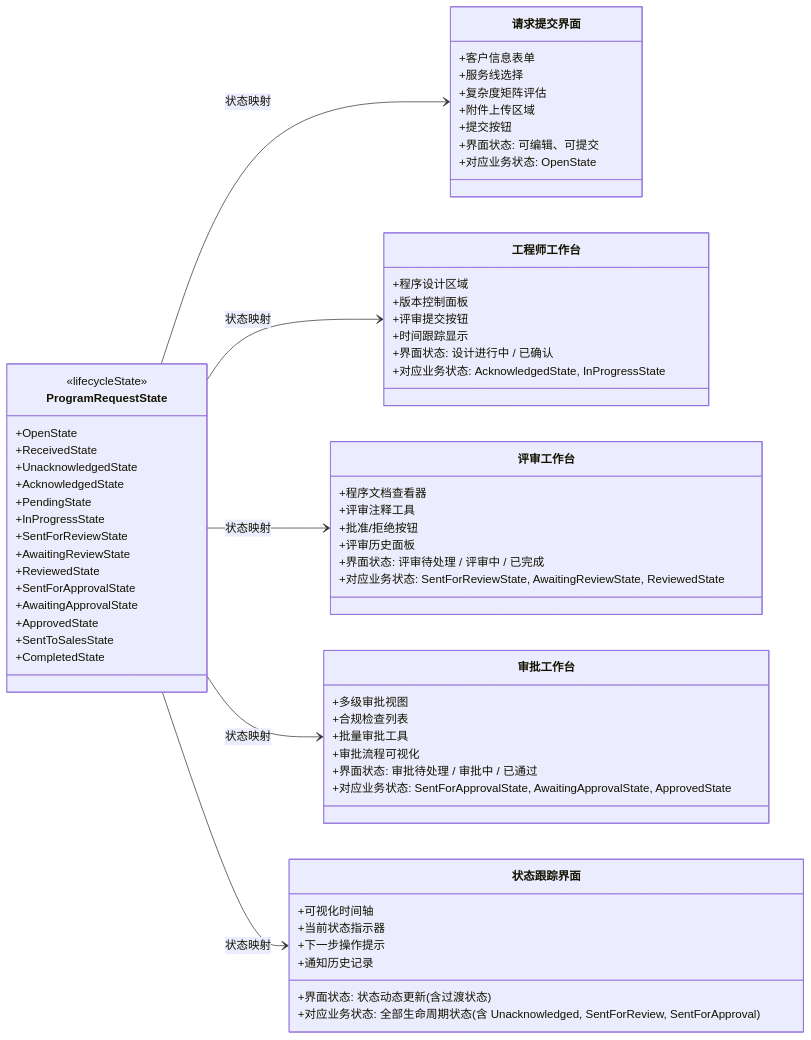
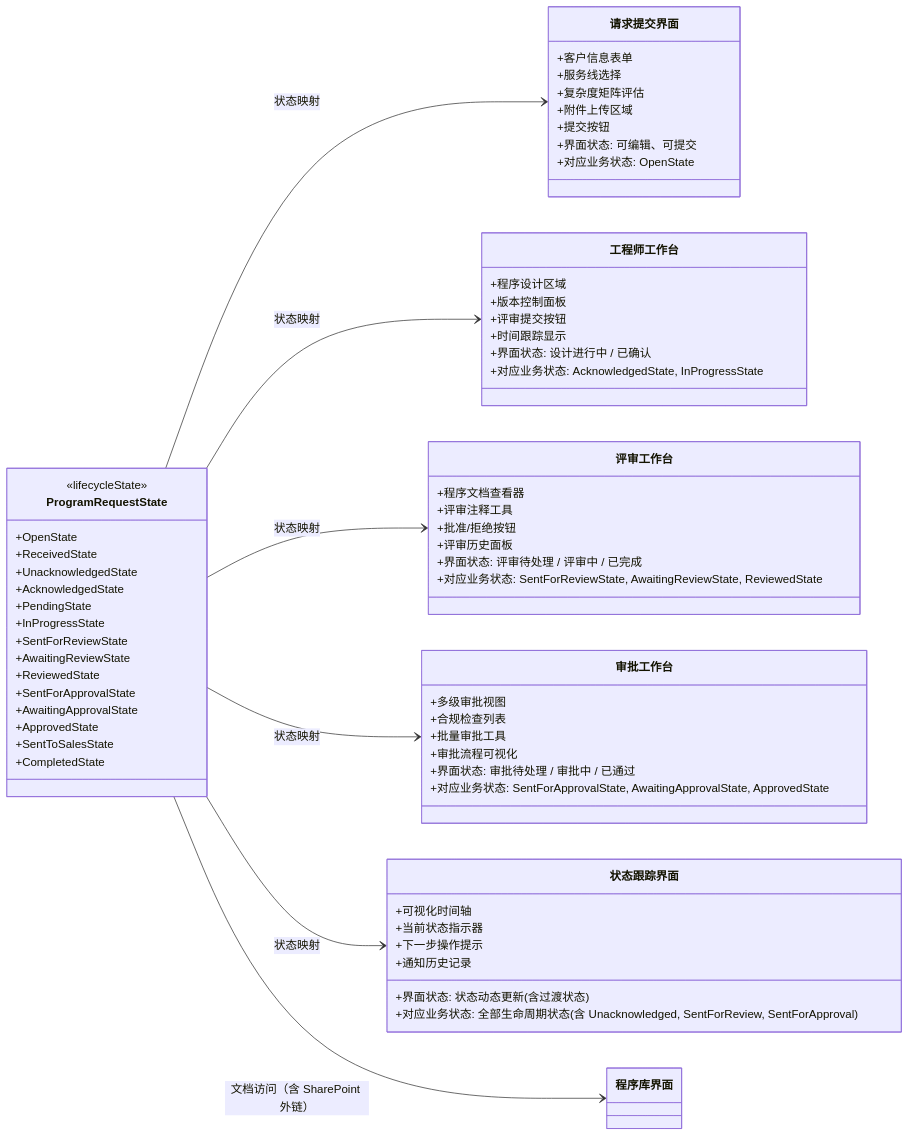
The third of 10 diagrams in Documents/01 - Cementing Service Invitation/03 - Request Job Design/Artifacts/Analysis/02-Design/004-界面原型.md (Sanjel-Energy-Services/eService_WorkItems), drawn with Mermaid before and after one commit. The commit also changed other lines of this file and 10 other files, not shown here.

````diff
--- a/Documents/01 - Cementing Service Invitation/03 - Request Job Design/Artifacts/Analysis/02-Design/004-界面原型.md
+++ b/Documents/01 - Cementing Service Invitation/03 - Request Job Design/Artifacts/Analysis/02-Design/004-界面原型.md
@@ -130,74 +134,75 @@
 ```mermaid
 classDiagram
     direction LR
     
     class ProgramRequestState {
         <<lifecycleState>>
         +OpenState
         +ReceivedState
         +UnacknowledgedState
         +AcknowledgedState
         +PendingState
         +InProgressState
         +SentForReviewState
         +AwaitingReviewState
         +ReviewedState
         +SentForApprovalState
         +AwaitingApprovalState
         +ApprovedState
         +SentToSalesState
         +CompletedState
     }
     
     class 请求提交界面 {
         +客户信息表单
         +服务线选择
         +复杂度矩阵评估
         +附件上传区域
         +提交按钮
         +界面状态: 可编辑、可提交
         +对应业务状态: OpenState
     }
     
     class 工程师工作台 {
         +程序设计区域
         +版本控制面板
         +评审提交按钮
         +时间跟踪显示
         +界面状态: 设计进行中 / 已确认
         +对应业务状态: AcknowledgedState, InProgressState
     }
     
     class 评审工作台 {
         +程序文档查看器
         +评审注释工具
         +批准/拒绝按钮
         +评审历史面板
         +界面状态: 评审待处理 / 评审中 / 已完成
         +对应业务状态: SentForReviewState, AwaitingReviewState, ReviewedState
     }
     
     class 审批工作台 {
         +多级审批视图
         +合规检查列表
         +批量审批工具
         +审批流程可视化
         +界面状态: 审批待处理 / 审批中 / 已通过
         +对应业务状态: SentForApprovalState, AwaitingApprovalState, ApprovedState
     }
     
     class 状态跟踪界面 {
         +可视化时间轴
         +当前状态指示器
         +下一步操作提示
         +通知历史记录
         +界面状态: 状态动态更新 (含过渡状态)
         +对应业务状态: 全部生命周期状态 (含 Unacknowledged, SentForReview, SentForApproval)
     }
     
     ProgramRequestState --> 请求提交界面 : 状态映射
     ProgramRequestState --> 工程师工作台 : 状态映射
     ProgramRequestState --> 评审工作台 : 状态映射
     ProgramRequestState --> 审批工作台 : 状态映射
     ProgramRequestState --> 状态跟踪界面 : 状态映射
+    ProgramRequestState --> 程序库界面 : 文档访问（含 SharePoint 外链）
 ```
````
